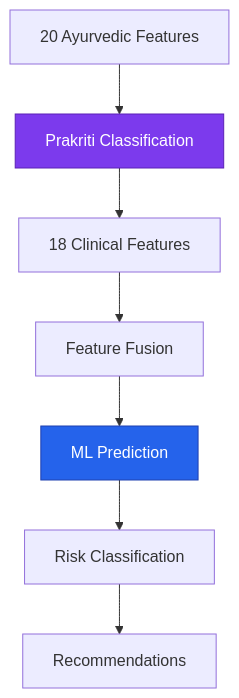
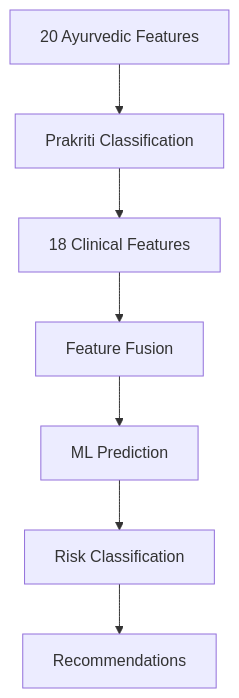
One commit to Avgohil/fusion-care-alzheimer-ml changed the sixth of 9 diagrams in README.md. Above: the diagram before and after it, drawn with Mermaid. The commit also changed other lines of this file, not shown here.

````diff
--- a/README.md
+++ b/README.md
@@ -285,12 +204,9 @@
 ```mermaid
 flowchart TD
     A["20 Ayurvedic Features"] --> B[Prakriti Classification]
     B --> C["18 Clinical Features"]
     C --> D[Feature Fusion]
     D --> E[ML Prediction]
     E --> F[Risk Classification]
     F --> G[Recommendations]
-
-    style B fill:#7c3aed,stroke:#5b21b6,color:#fff
-    style E fill:#2563eb,stroke:#1e40af,color:#fff
 ```
````
